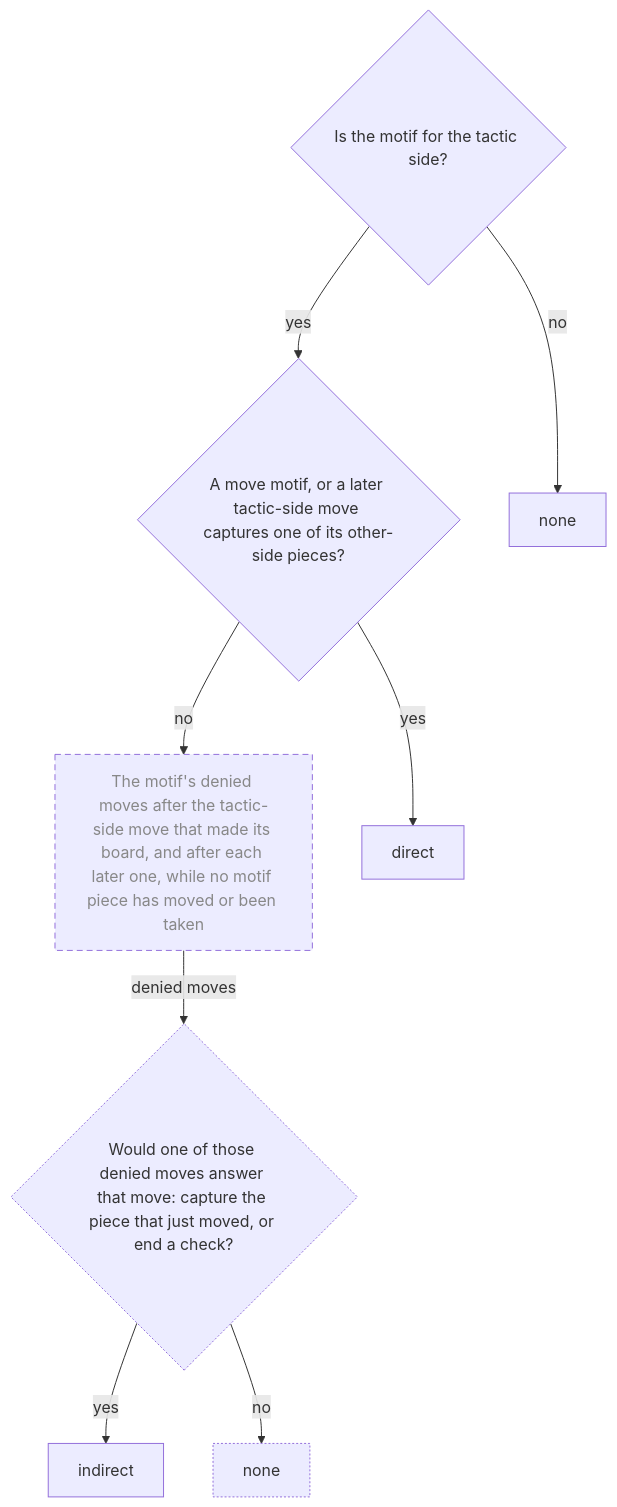
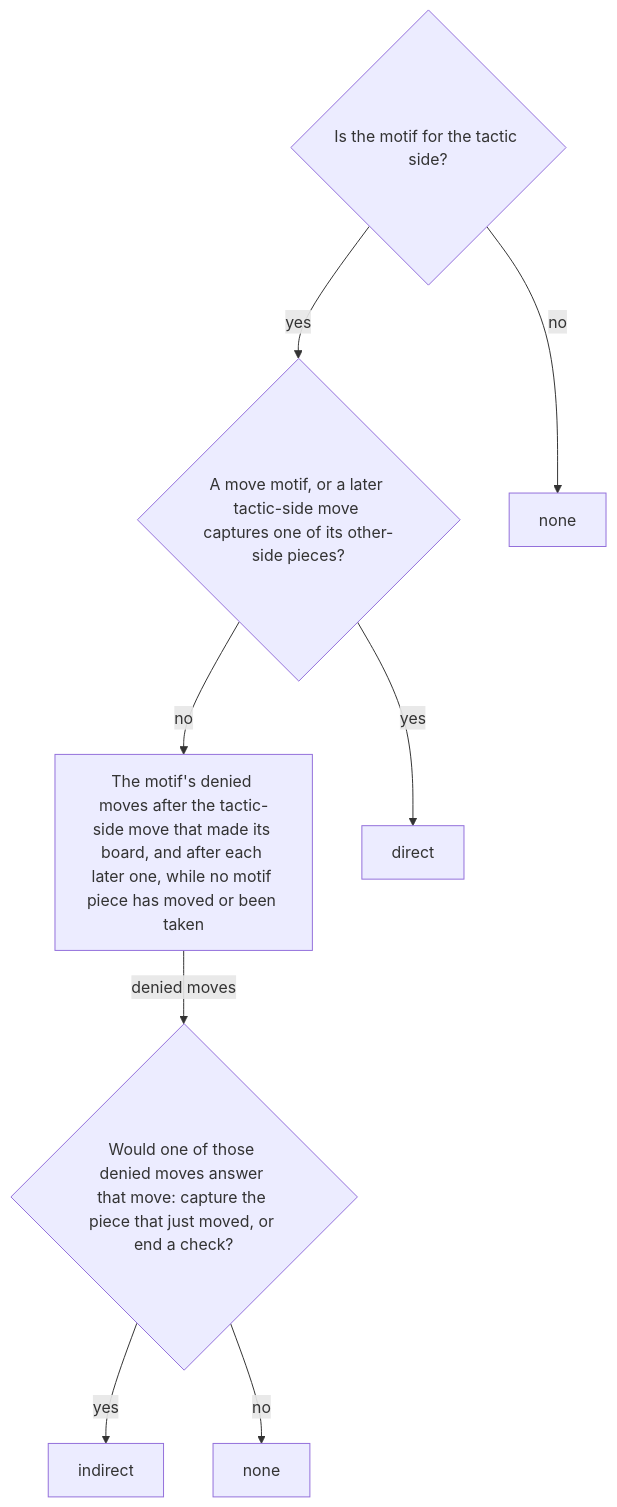
Before and after one commit to aurja/ChessWhy: diagram 17 of 21 in Planning/DBC/CONCEPTS.md, drawn with Mermaid. The commit also changed other lines of this file and 56 other files, not shown here.

````diff
--- a/Planning/DBC/CONCEPTS.md
+++ b/Planning/DBC/CONCEPTS.md
@@ -725,23 +718,21 @@
 ```mermaid
 flowchart TD
     CoSide{"Is the motif for the tactic side?"}
     CoDirect{"A move motif, or a later tactic-side move captures one of its other-side pieces?"}
     CoDenied["The motif's denied moves after the tactic-side move that made its board, and after each later one, while no motif piece has moved or been taken"]
     CoIndirect{"Would one of those denied moves answer that move: capture the piece that just moved, or end a check?"}
     CoOtherSide["none"]
     CoIsDirect["direct"]
     CoIsIndirect["indirect"]
     CoNotUsed["none"]
     CoSide -->|no| CoOtherSide
     CoSide -->|yes| CoDirect
     CoDirect -->|yes| CoIsDirect
     CoDirect -->|no| CoDenied
     CoDenied -->|denied moves| CoIndirect
     CoIndirect -->|yes| CoIsIndirect
     CoIndirect -->|no| CoNotUsed
     classDef planned stroke-dasharray:6 4,color:#888
     classDef partial stroke-dasharray:2 2
     classDef external stroke-dasharray:1 3,color:#999
-    class CoIndirect,CoNotUsed partial
-    class CoDenied planned
 ```
````
